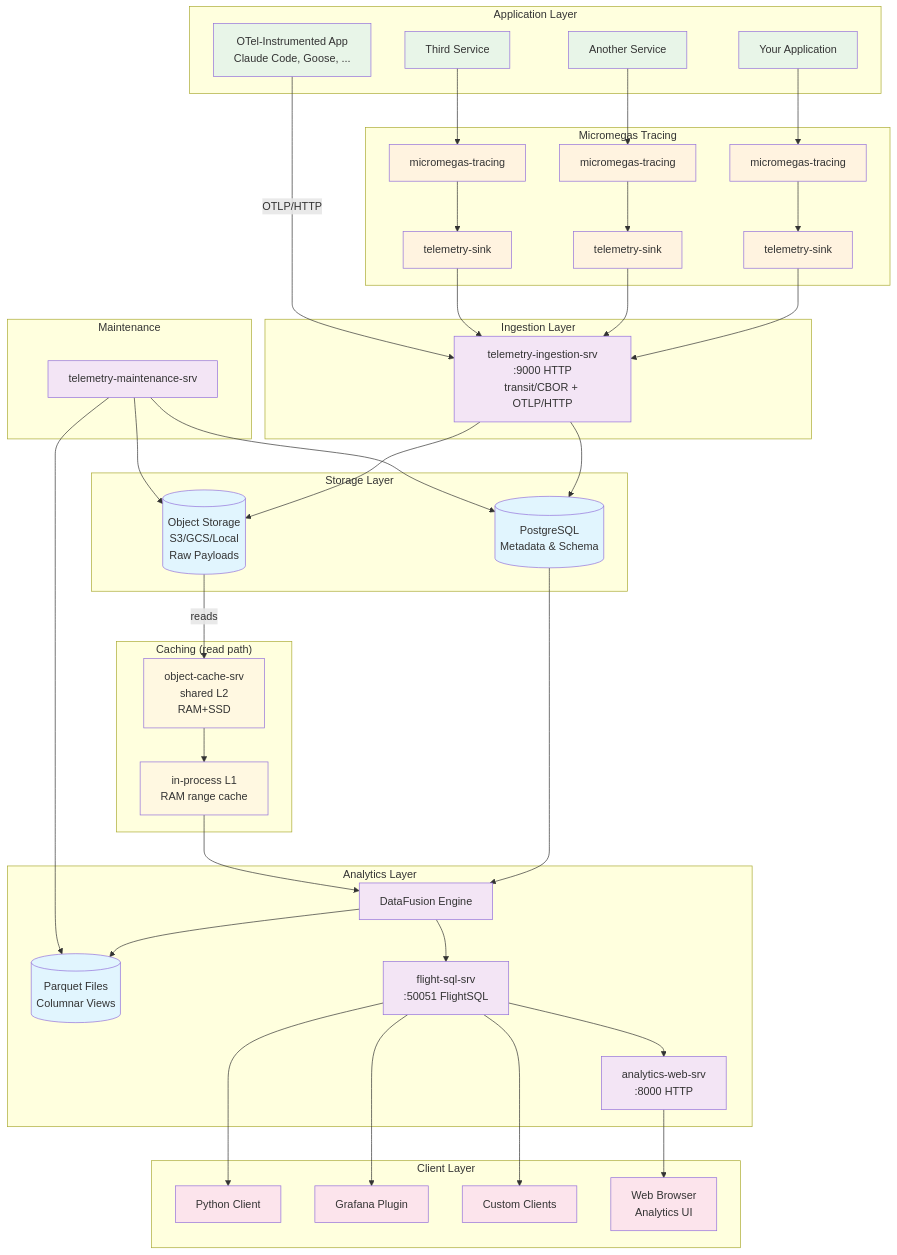
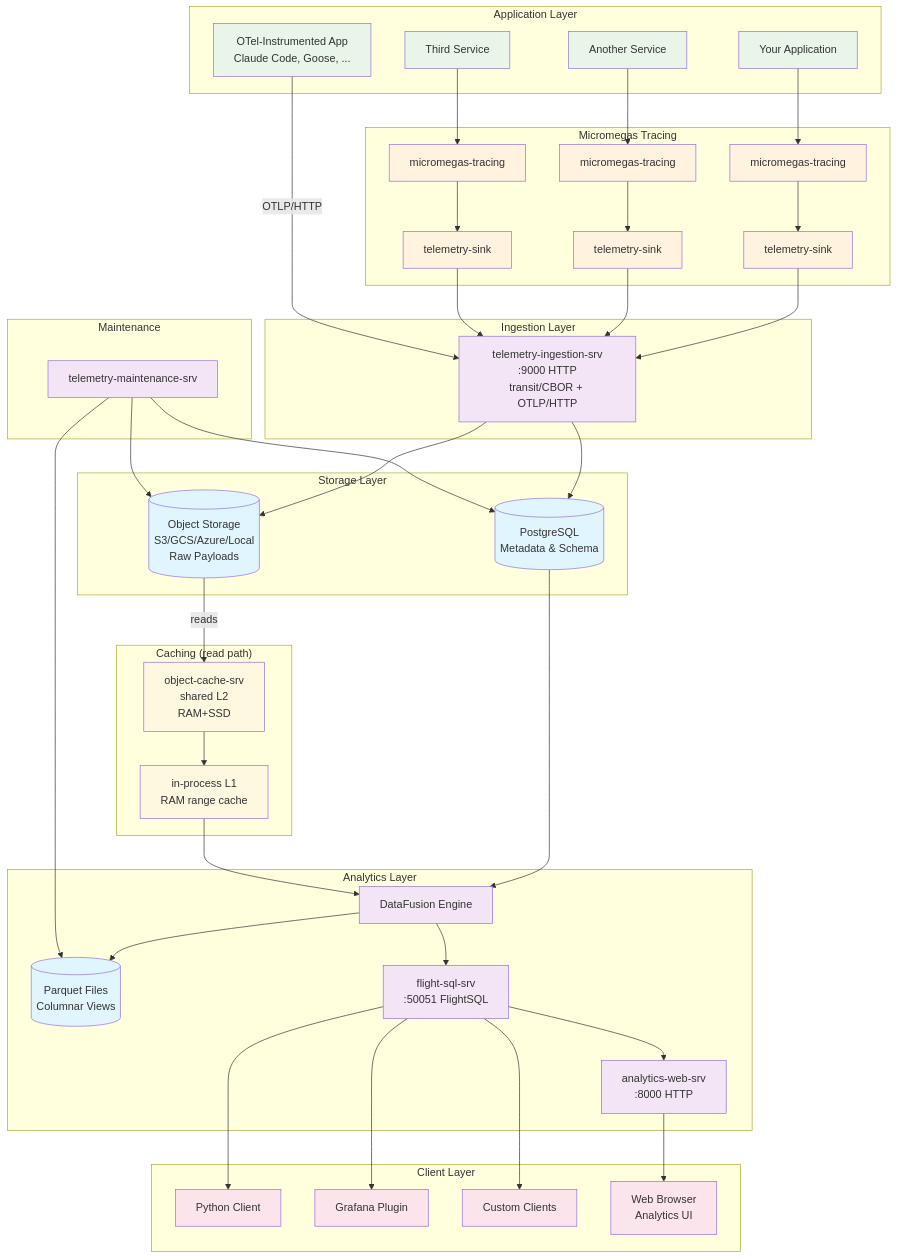
One commit to madesroches/micromegas changed the first of 3 diagrams in mkdocs/docs/architecture/index.md. Above: the diagram before and after it, drawn with Mermaid. The commit also changed other lines of this file and 31 other files, not shown here.

```diff
--- a/mkdocs/docs/architecture/index.md
+++ b/mkdocs/docs/architecture/index.md
@@ -28,7 +28,7 @@
     
     subgraph "Storage Layer"
         PG[(PostgreSQL<br/>Metadata & Schema)]
-        S3[(Object Storage<br/>S3/GCS/Local<br/>Raw Payloads)]
+        S3[(Object Storage<br/>S3/GCS/Azure/Local<br/>Raw Payloads)]
     end
     
     subgraph "Caching (read path)"
```
